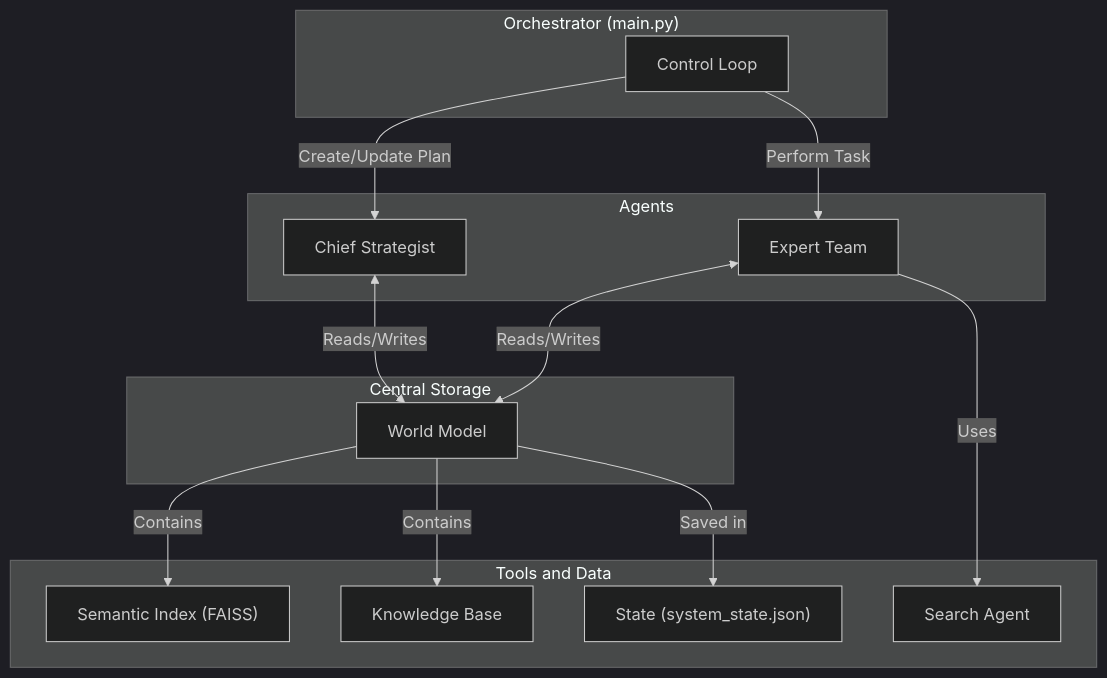
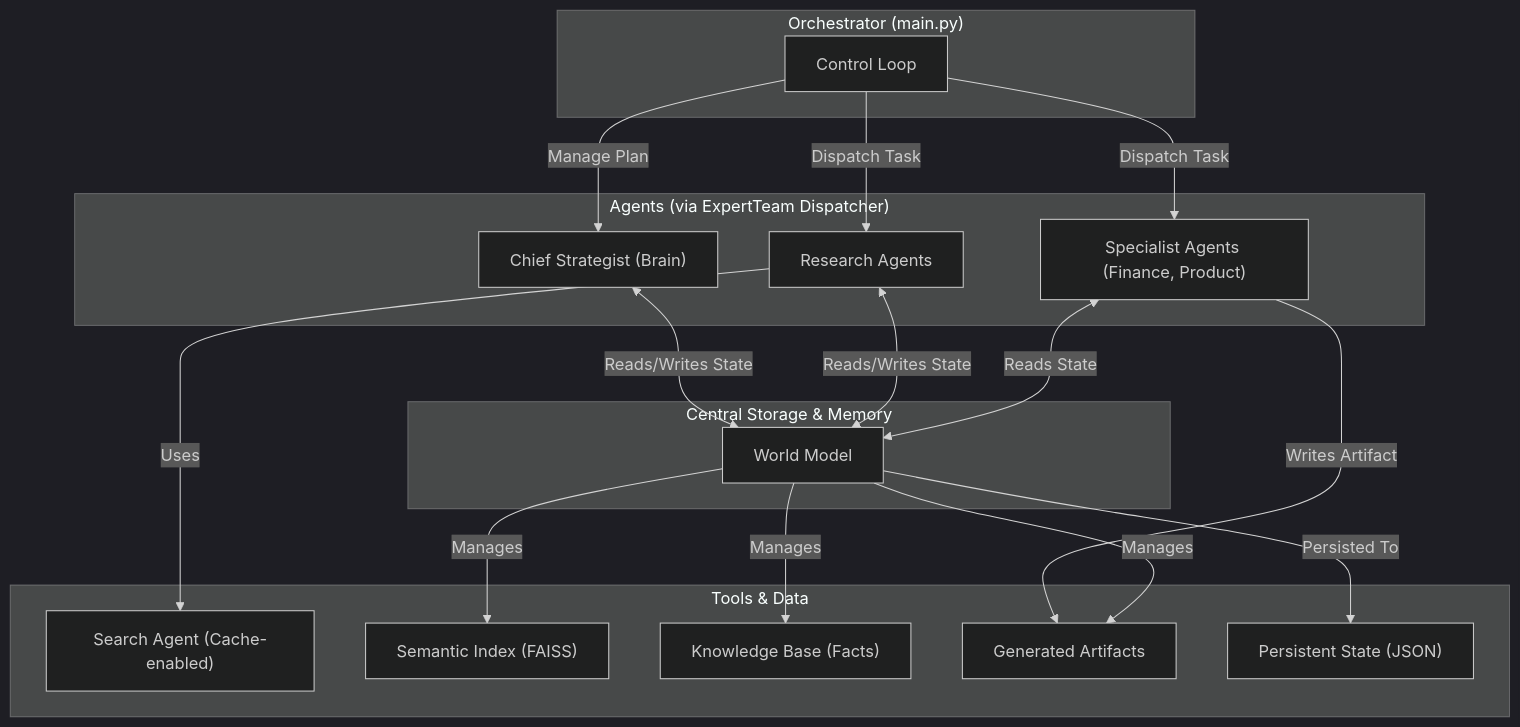
One commit to DmitryTretiakov/b2b-hr-tech-research changed the diagram in README.md. Above: the diagram before and after it, drawn with Mermaid (dark theme). The commit also changed other lines of this file, not shown here.

````diff
--- a/README.md
+++ b/README.md
@@ -20,32 +18,37 @@
 ```mermaid
 graph TD
     subgraph "Orchestrator (main.py)"
         A["Control Loop"]
     end
 
-    subgraph "Agents"
-        B["Chief Strategist"]
-        C["Expert Team"]
+    subgraph "Agents (via ExpertTeam Dispatcher)"
+        B["Chief Strategist (Brain)"]
+        C["Research Agents"]
+        S["Specialist Agents (Finance, Product)"]
     end
 
-    subgraph "Central Storage"
+    subgraph "Central Storage & Memory"
         D["World Model"]
     end
 
-    subgraph "Tools and Data"
-        E["Search Agent"]
+    subgraph "Tools & Data"
+        E["Search Agent (Cache-enabled)"]
         F["Semantic Index (FAISS)"]
-        G["Knowledge Base"]
-        H["State (system_state.json)"]
+        G["Knowledge Base (Facts)"]
+        I["Generated Artifacts"]
+        H["Persistent State (JSON)"]
     end
 
-    A -->|"Create/Update Plan"| B
-    A -->|"Perform Task"| C
-    B <-->|"Reads/Writes"| D
-    C <-->|"Reads/Writes"| D
+    A -->|"Manage Plan"| B
+    A -->|"Dispatch Task"| C
+    A -->|"Dispatch Task"| S
+    B <-->|"Reads/Writes State"| D
+    C <-->|"Reads/Writes State"| D
+    S <-->|"Reads State"| D
+    S -->|"Writes Artifact"| I
     C -->|"Uses"| E
-    D -->|"Contains"| F
-    D -->|"Contains"| G
-    D -->|"Saved in"| H
-
+    D --"Manages"--> F
+    D --"Manages"--> G
+    D --"Manages"--> I
+    D --"Persisted To"--> H
 ```
````
